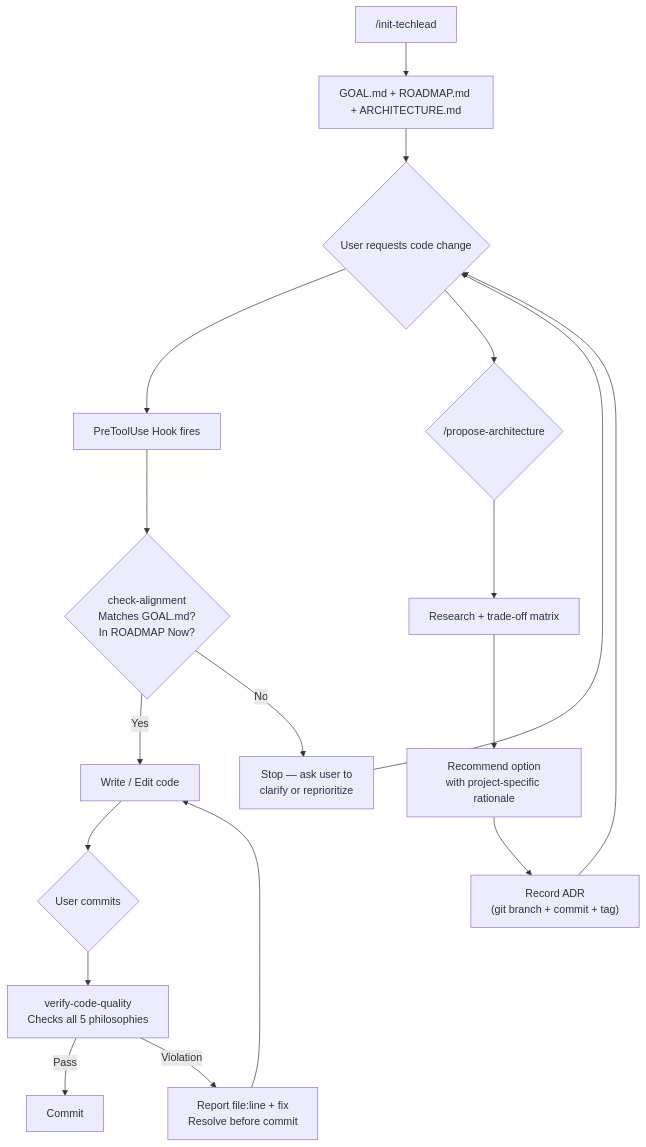
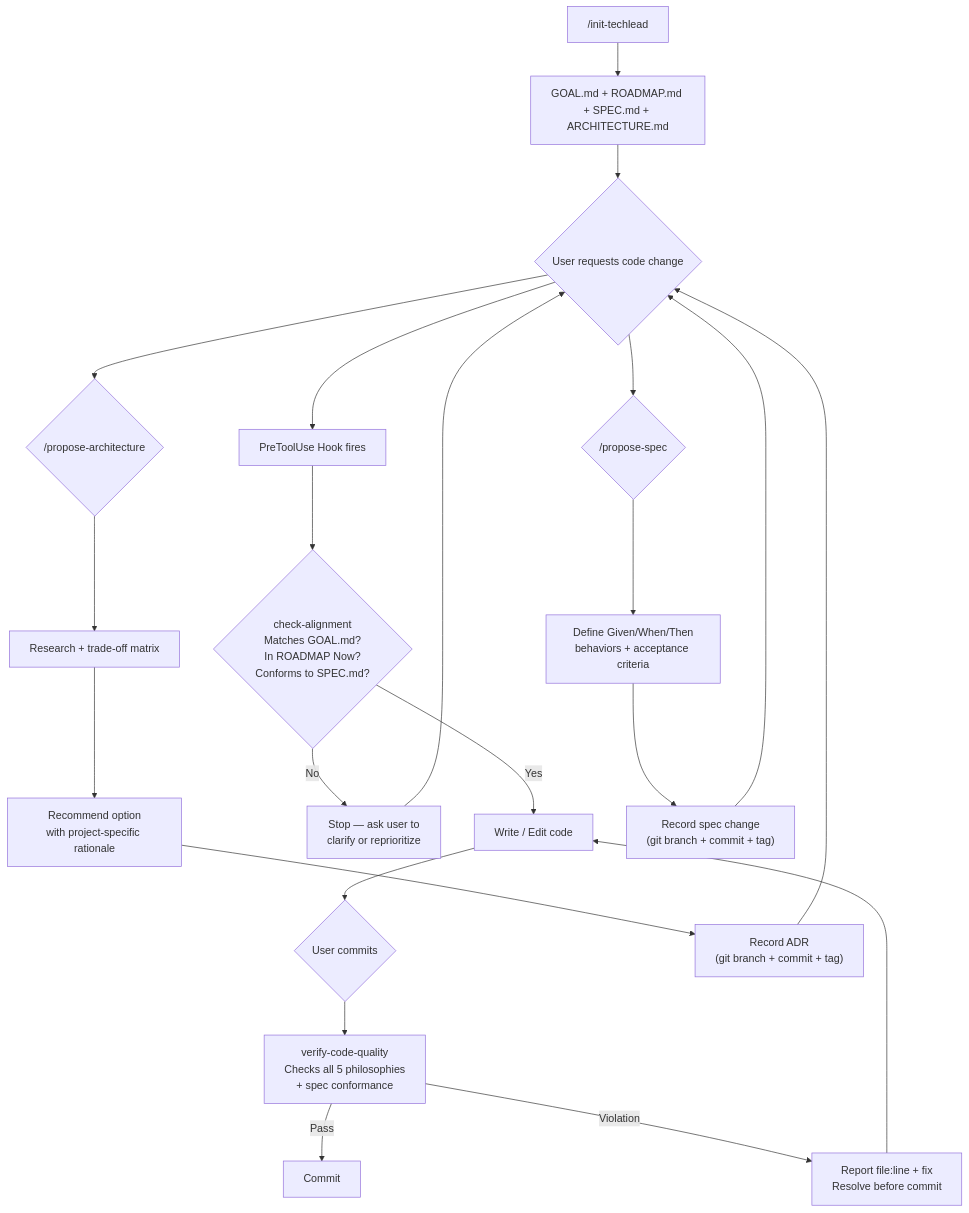
Before and after one commit to RRoundTable/techlead: the diagram in README.md, drawn with Mermaid. The commit also changed other lines of this file and 14 other files, not shown here.

First line of the commit message:
Add SPEC.md spec management system with propose-spec skill

````diff
--- a/README.md
+++ b/README.md
@@ -53,24 +54,29 @@
 ```mermaid
 flowchart TD
-    A["/init-techlead"] --> B["GOAL.md + ROADMAP.md + ARCHITECTURE.md"]
+    A["/init-techlead"] --> B["GOAL.md + ROADMAP.md + SPEC.md + ARCHITECTURE.md"]
     B --> C{"User requests code change"}
 
     C --> D["PreToolUse Hook fires"]
-    D --> E{"check-alignment\nMatches GOAL.md?\nIn ROADMAP Now?"}
+    D --> E{"check-alignment\nMatches GOAL.md?\nIn ROADMAP Now?\nConforms to SPEC.md?"}
 
     E -- Yes --> F["Write / Edit code"]
     E -- No --> G["Stop — ask user to\nclarify or reprioritize"]
     G --> C
 
     F --> H{"User commits"}
-    H --> I["verify-code-quality\nChecks all 5 philosophies"]
+    H --> I["verify-code-quality\nChecks all 5 philosophies\n+ spec conformance"]
     I -- Pass --> J["Commit"]
     I -- Violation --> K["Report file:line + fix\nResolve before commit"]
     K --> F
 
     C --> L{"/propose-architecture"}
     L --> M["Research + trade-off matrix"]
     M --> N["Recommend option\nwith project-specific rationale"]
     N --> O["Record ADR\n(git branch + commit + tag)"]
     O --> C
+
+    C --> P{"/propose-spec"}
+    P --> Q["Define Given/When/Then\nbehaviors + acceptance criteria"]
+    Q --> R["Record spec change\n(git branch + commit + tag)"]
+    R --> C
 ```
````
